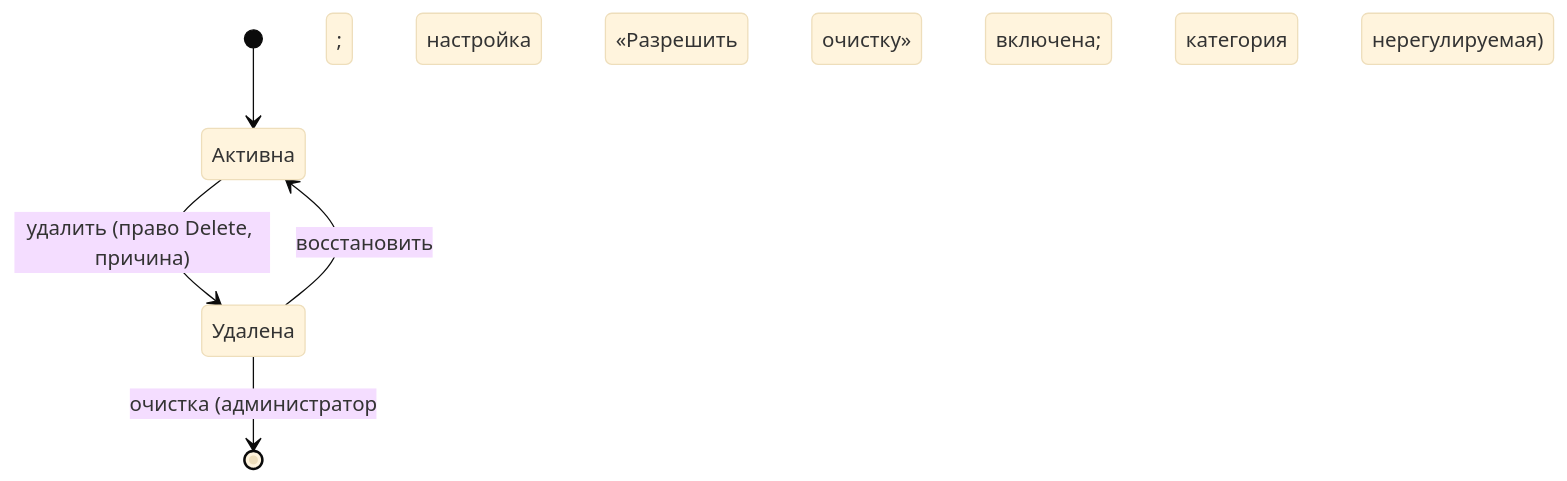
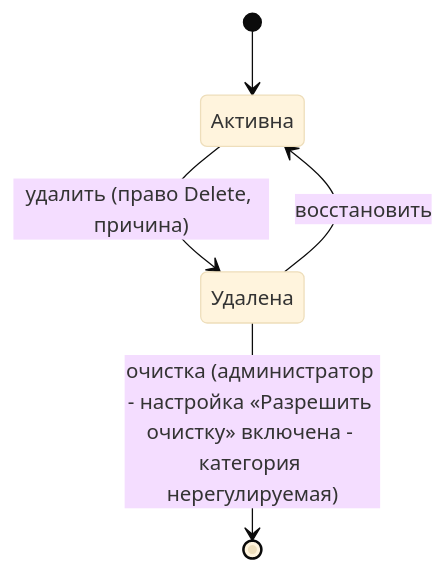
The second of 4 diagrams in docs/requirements/domain-model.md (vmeaning/KE), drawn with Mermaid (base theme) before and after one commit. The commit also changed other lines of this file and 2 other files, not shown here.

````diff
--- a/docs/requirements/domain-model.md
+++ b/docs/requirements/domain-model.md
@@ -412,7 +421,7 @@
 ```mermaid
 stateDiagram-v2
     [*] --> Активна
     Активна --> Удалена: удалить (право Delete, причина)
     Удалена --> Активна: восстановить
-    Удалена --> [*]: очистка (администратор; настройка «Разрешить очистку» включена; категория нерегулируемая)
+    Удалена --> [*]: очистка (администратор - настройка «Разрешить очистку» включена - категория нерегулируемая)
 ```
````
